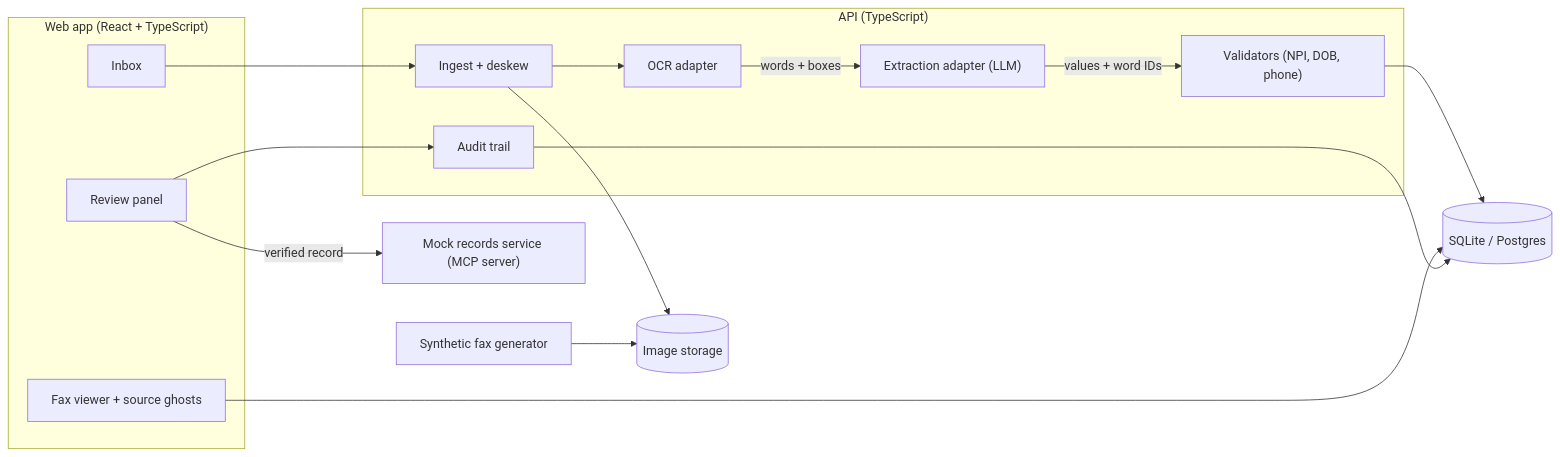
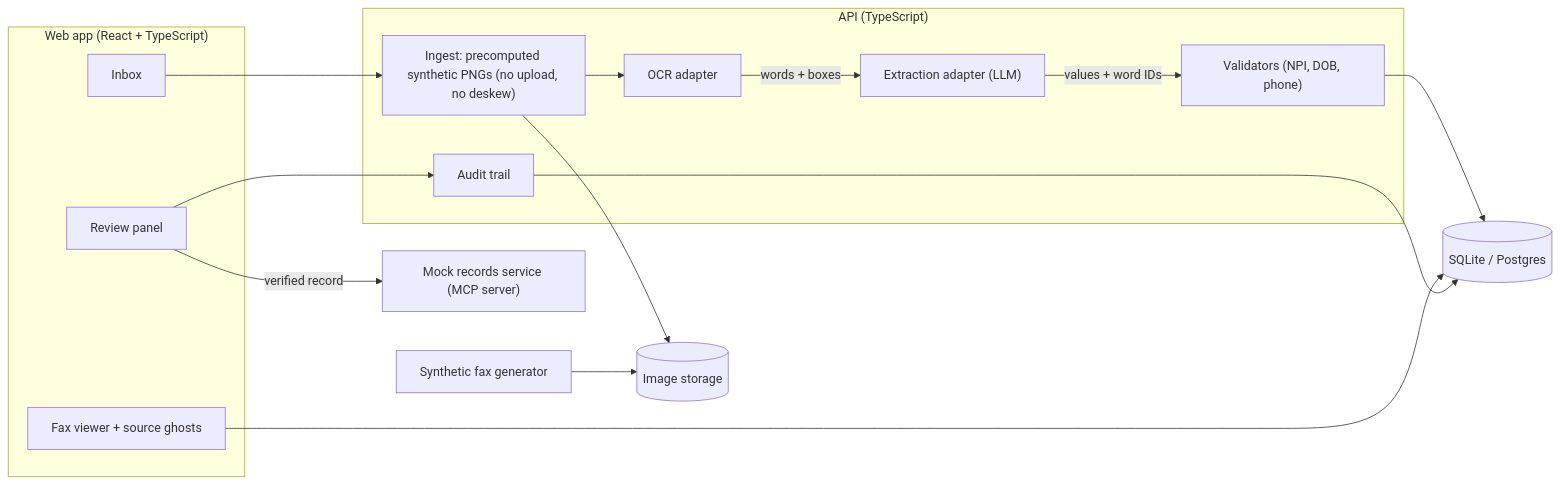
One commit to topmember-build/facsimortis changed the diagram in .kiro/specs/facsimortis/design.md. Above: the diagram before and after it, drawn with Mermaid. The commit also changed other lines of this file and 7 other files, not shown here.

````diff
--- a/.kiro/specs/facsimortis/design.md
+++ b/.kiro/specs/facsimortis/design.md
@@ -7,33 +7,33 @@
 ```mermaid
 flowchart LR
   subgraph Client["Web app (React + TypeScript)"]
     Inbox["Inbox"]
     Viewer["Fax viewer + source ghosts"]
     Review["Review panel"]
   end
 
   subgraph Server["API (TypeScript)"]
-    Ingest["Ingest + deskew"]
+    Ingest["Ingest: precomputed synthetic PNGs (no upload, no deskew)"]
     OCR["OCR adapter"]
     Extract["Extraction adapter (LLM)"]
     Validate["Validators (NPI, DOB, phone)"]
     Audit["Audit trail"]
   end
 
   DB[("SQLite / Postgres")]
   Store[("Image storage")]
   Gen["Synthetic fax generator"]
   Mock["Mock records service (MCP server)"]
 
   Inbox --> Ingest
   Gen --> Store
   Ingest --> Store
   Ingest --> OCR
   OCR -->|"words + boxes"| Extract
   Extract -->|"values + word IDs"| Validate
   Validate --> DB
   Viewer --> DB
   Review --> Audit
   Audit --> DB
   Review -->|"verified record"| Mock
 ```
````
